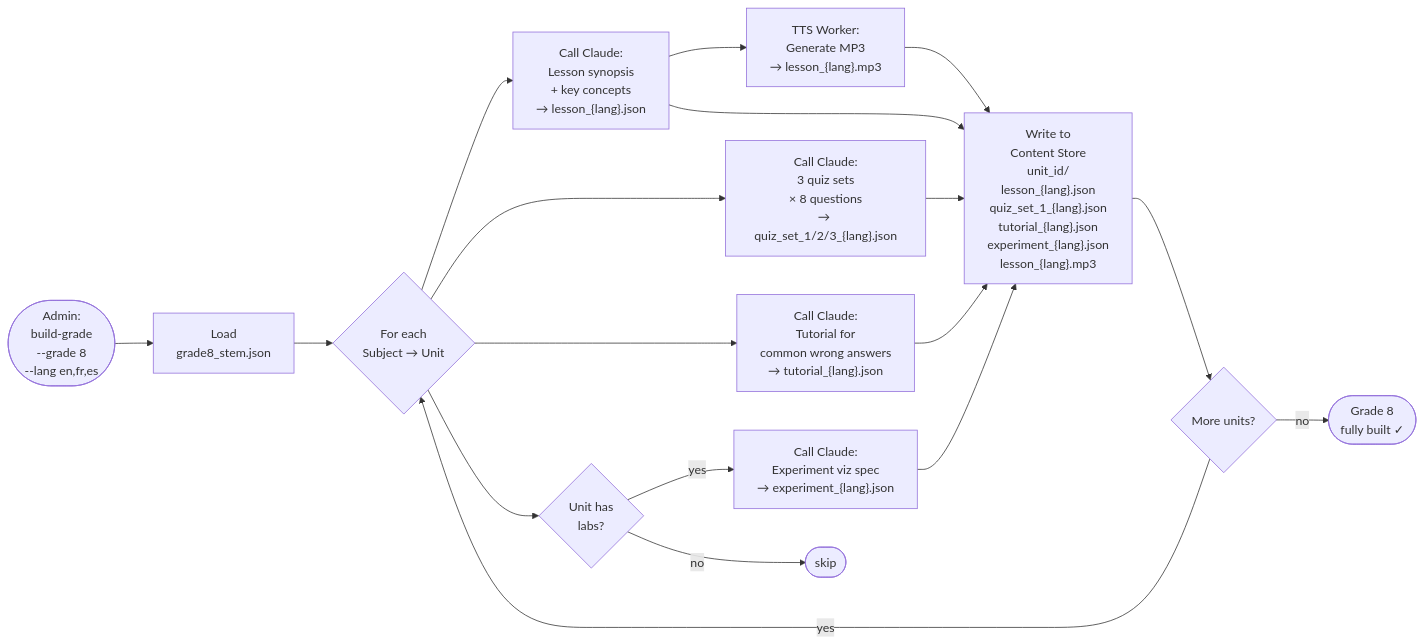
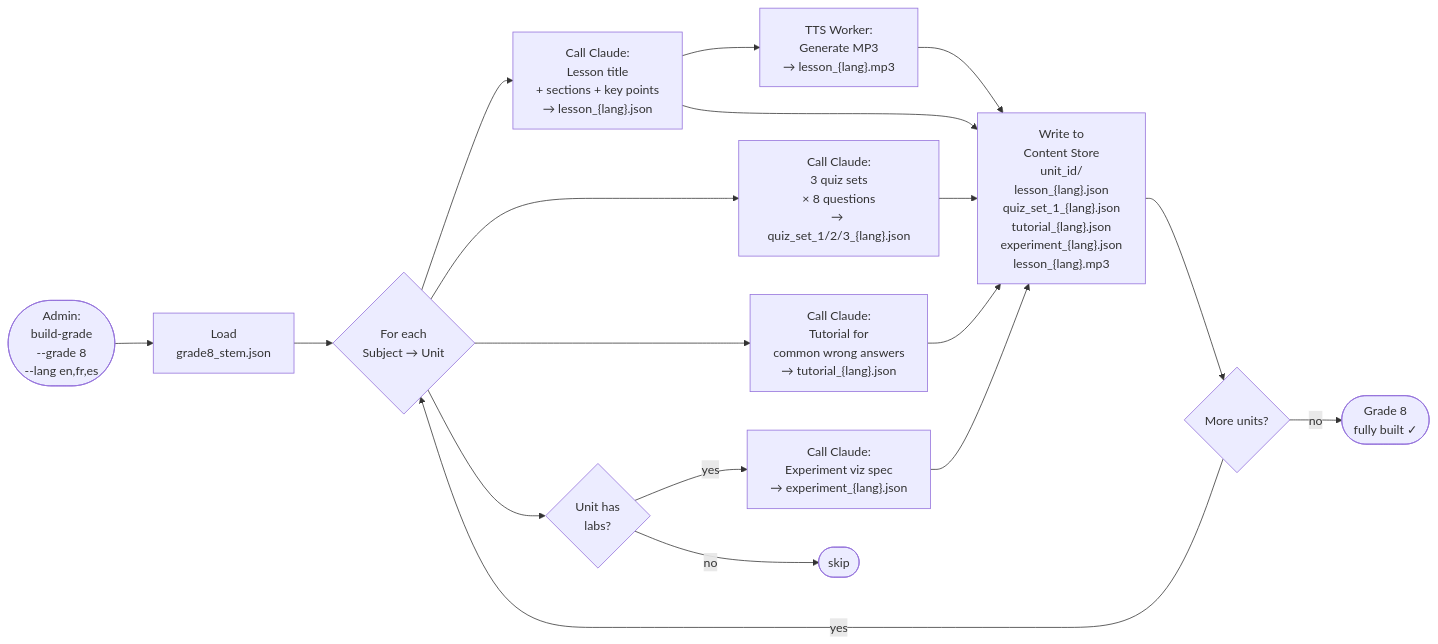
Before and after one commit to wegofwd2020-hub/StudyBuddy_OnDemand: the fifth of 19 diagrams in ARCHITECTURE.md, drawn with Mermaid. The commit also changed other lines of this file and 1 other file, not shown here.

First line of the commit message:
docs: update architectural docs for Round 1 developer testing fixes

````diff
--- a/ARCHITECTURE.md
+++ b/ARCHITECTURE.md
@@ -240,16 +240,16 @@
 ```mermaid
 flowchart LR
     A(["Admin:\nbuild-grade\n--grade 8\n--lang en,fr,es"]) --> B["Load\ngrade8_stem.json"]
     B --> C{For each\nSubject → Unit}
-    C --> D["Call Claude:\nLesson synopsis\n+ key concepts\n→ lesson_{lang}.json"]
+    C --> D["Call Claude:\nLesson title\n+ sections + key points\n→ lesson_{lang}.json"]
     C --> E["Call Claude:\n3 quiz sets\n× 8 questions\n→ quiz_set_1/2/3_{lang}.json"]
     C --> F["Call Claude:\nTutorial for\ncommon wrong answers\n→ tutorial_{lang}.json"]
     C --> G{"Unit has\nlabs?"}
     G -->|yes| H["Call Claude:\nExperiment viz spec\n→ experiment_{lang}.json"]
     G -->|no| skip1(["skip"])
     D --> TTS["TTS Worker:\nGenerate MP3\n→ lesson_{lang}.mp3"]
     D & E & F & H & TTS --> I["Write to\nContent Store\nunit_id/\n  lesson_{lang}.json\n  quiz_set_1_{lang}.json\n  tutorial_{lang}.json\n  experiment_{lang}.json\n  lesson_{lang}.mp3"]
     I --> J{More units?}
     J -->|yes| C
     J -->|no| K(["Grade 8\nfully built ✓"])
 ```
````
